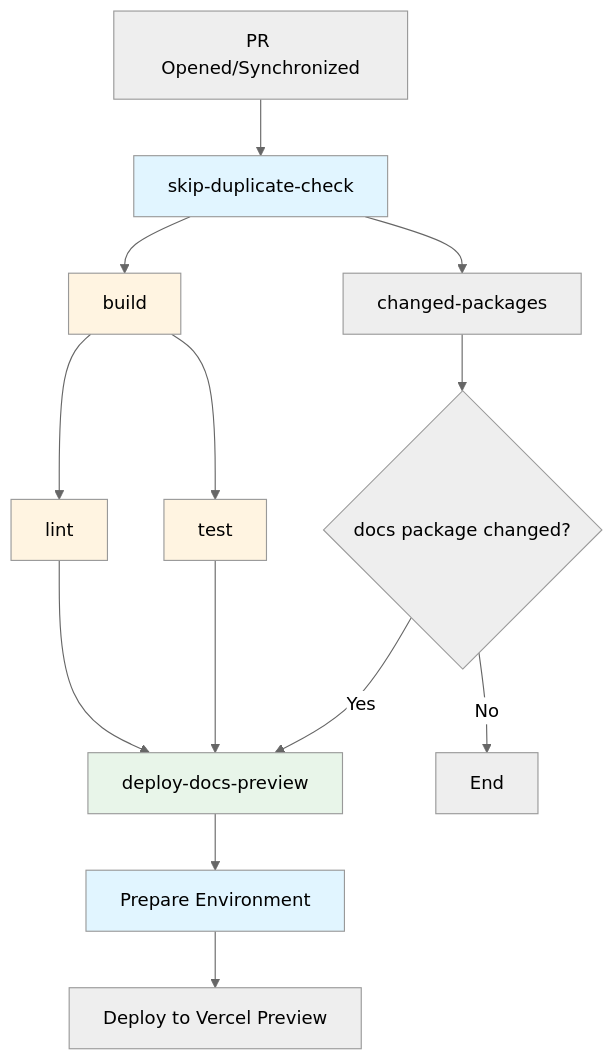
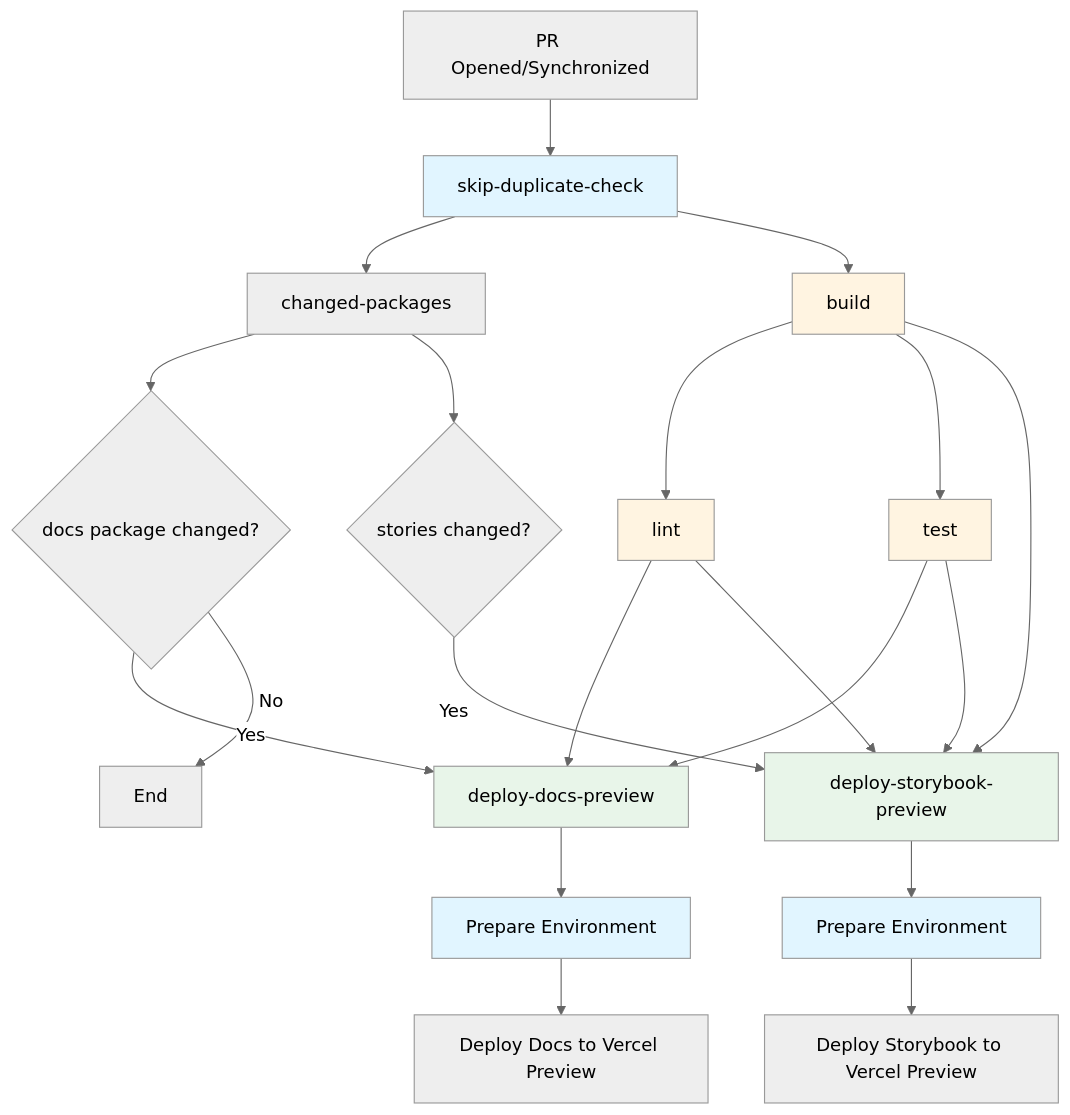
Before and after one commit to o2sdev/openselfservice: the first of 4 diagrams in .github/CI_CD_README.md, drawn with Mermaid (neutral theme). The commit also changed other lines of this file and 2 other files, not shown here.

First line of the commit message:
feat: add Storybook change detection and deployment logic to workflows

````diff
--- a/.github/CI_CD_README.md
+++ b/.github/CI_CD_README.md
@@ -9,22 +9,32 @@
 ```mermaid
 graph TD
     A[PR Opened/Synchronized] --> B[skip-duplicate-check]
     B --> C[changed-packages]
     B --> D[build]
     C --> E{docs package changed?}
+    C --> L{stories changed?}
     D --> F[lint]
     D --> G[test]
     F --> H[deploy-docs-preview]
     G --> H
     E -->|Yes| H
     E -->|No| I[End]
     H --> J[Prepare Environment]
-    J --> K[Deploy to Vercel Preview]
+    J --> K[Deploy Docs to Vercel Preview]
+    
+    L -->|Yes| M[deploy-storybook-preview]
+    D --> M
+    F --> M
+    G --> M
+    M --> N[Prepare Environment]
+    N --> O[Deploy Storybook to Vercel Preview]
 
     style B fill:#e1f5ff
     style D fill:#fff4e1
     style F fill:#fff4e1
     style G fill:#fff4e1
     style H fill:#e8f5e9
+    style M fill:#e8f5e9
     style J fill:#e1f5ff
+    style N fill:#e1f5ff
 ```
````
